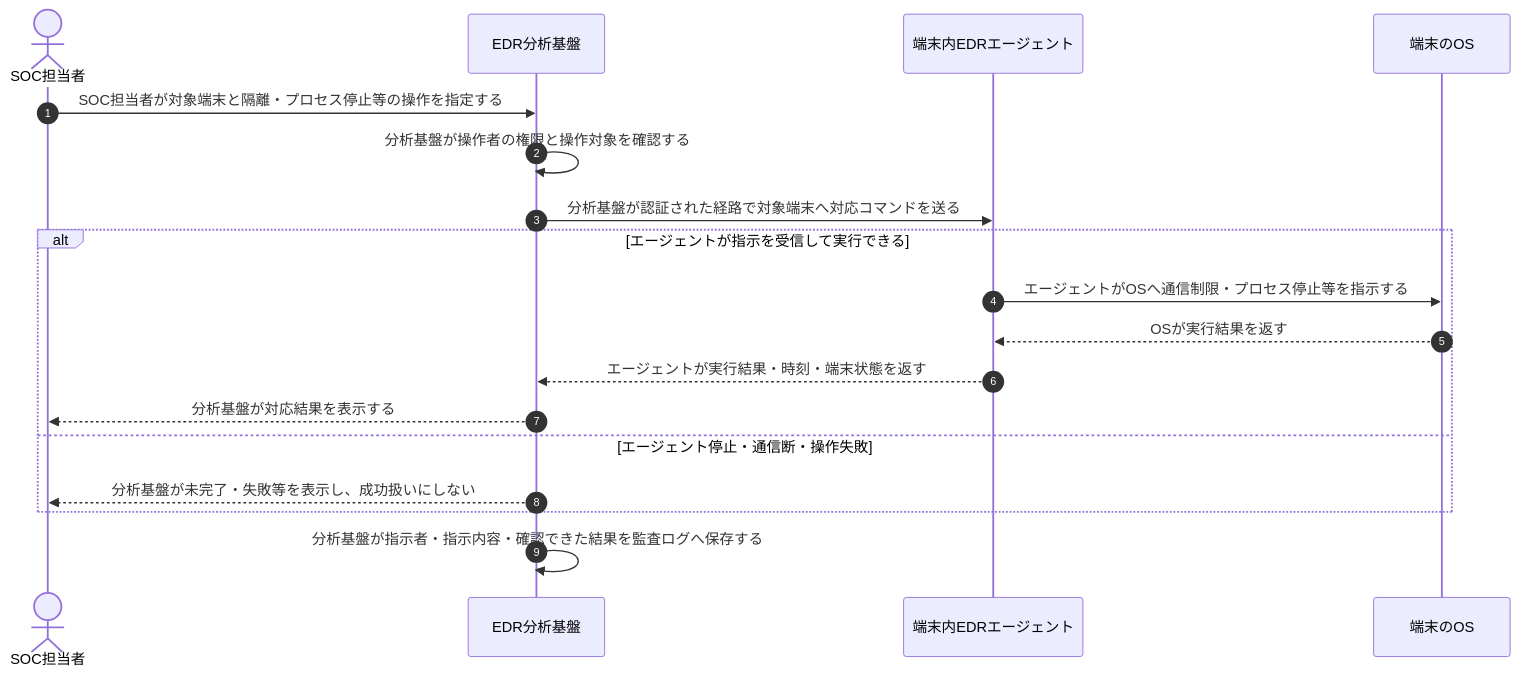
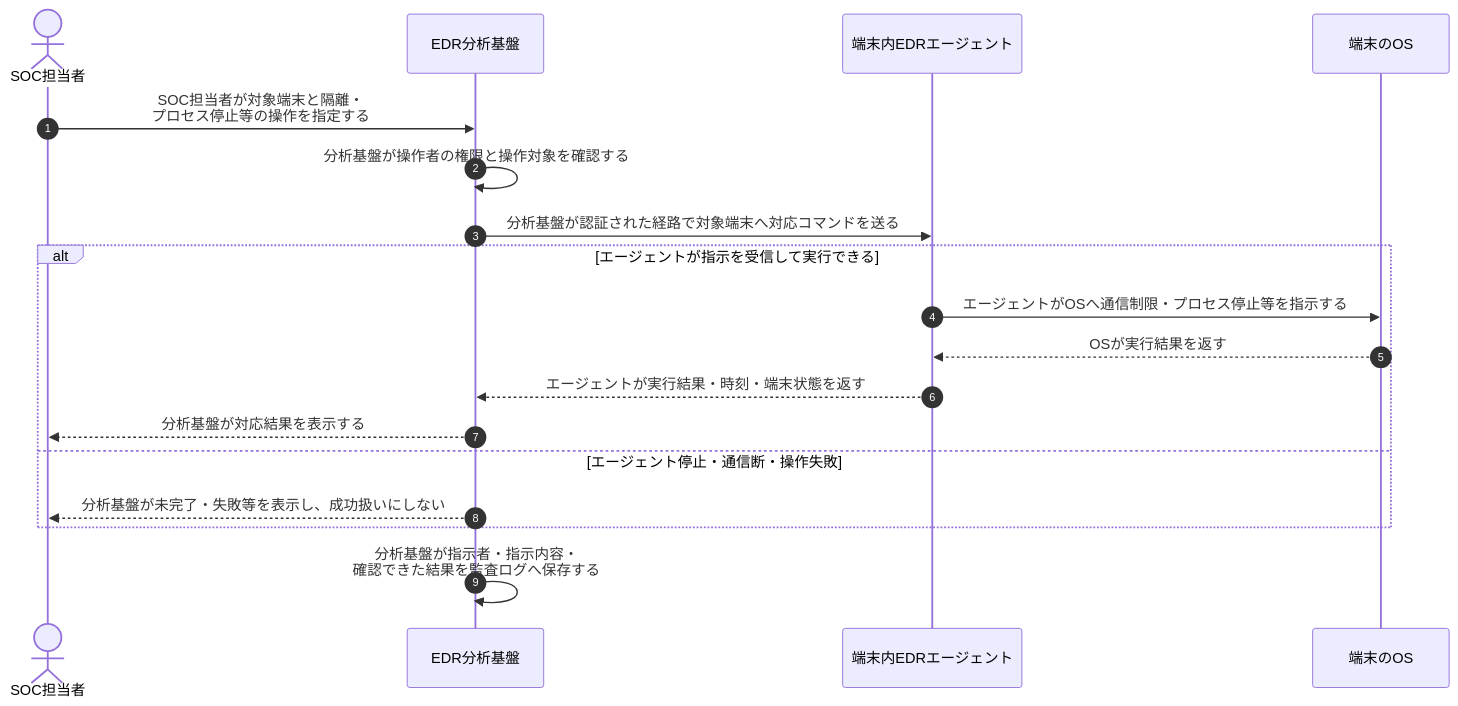
The second of 2 diagrams in 復習用/流れ図/EDRテレメトリの収集・分析・対応.md (ryusuke2003/security-specialist-study), drawn with Mermaid before and after one commit. The commit also changed other lines of this file and 7 other files, not shown here.

Commit message:
図の折り返しと認証失敗時の前提を整え検証結果と導線を更新

````diff
--- a/復習用/流れ図/EDRテレメトリの収集・分析・対応.md
+++ b/復習用/流れ図/EDRテレメトリの収集・分析・対応.md
@@ -34,21 +34,21 @@
 ```mermaid
 sequenceDiagram
     autonumber
     actor A as SOC担当者
     participant P as EDR分析基盤
     participant E as 端末内EDRエージェント
     participant O as 端末のOS
 
-    A->>P: SOC担当者が対象端末と隔離・プロセス停止等の操作を指定する
+    A->>P: SOC担当者が対象端末と隔離・<br/>プロセス停止等の操作を指定する
     P->>P: 分析基盤が操作者の権限と操作対象を確認する
     P->>E: 分析基盤が認証された経路で対象端末へ対応コマンドを送る
     alt エージェントが指示を受信して実行できる
         E->>O: エージェントがOSへ通信制限・プロセス停止等を指示する
         O-->>E: OSが実行結果を返す
         E-->>P: エージェントが実行結果・時刻・端末状態を返す
         P-->>A: 分析基盤が対応結果を表示する
     else エージェント停止・通信断・操作失敗
         P-->>A: 分析基盤が未完了・失敗等を表示し、成功扱いにしない
     end
-    P->>P: 分析基盤が指示者・指示内容・確認できた結果を監査ログへ保存する
+    P->>P: 分析基盤が指示者・指示内容・<br/>確認できた結果を監査ログへ保存する
 ```
````
